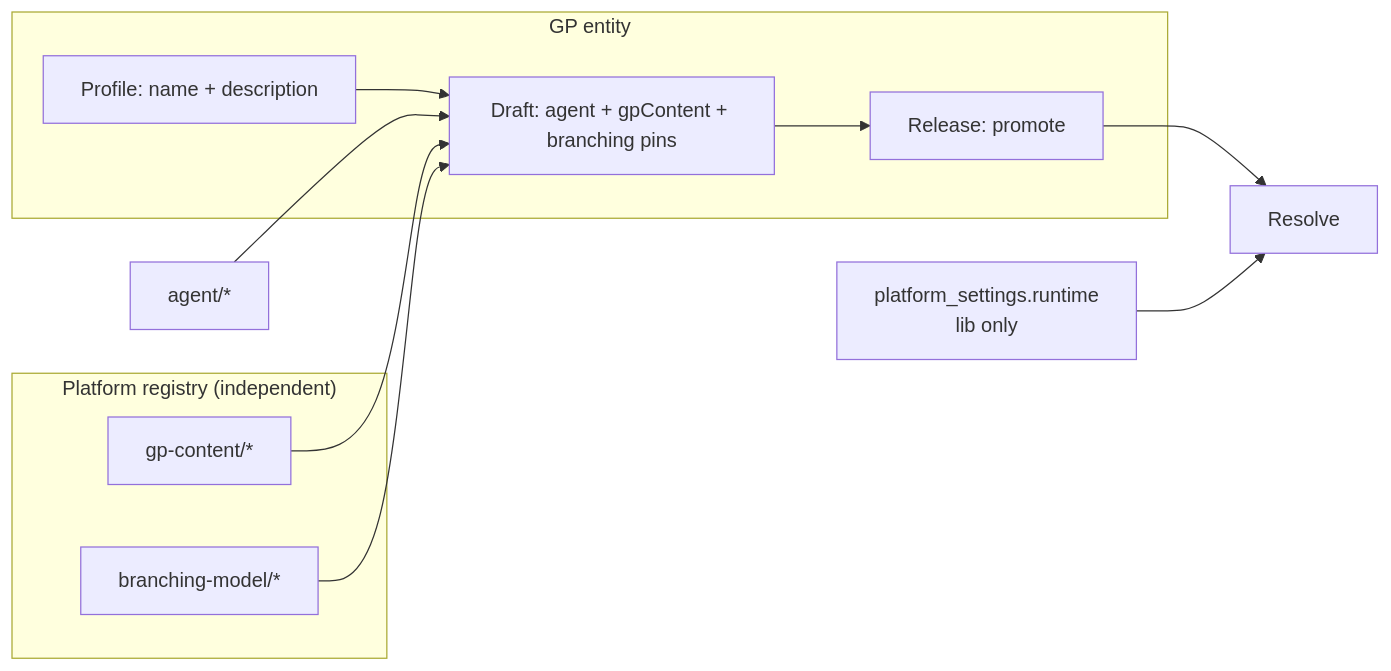
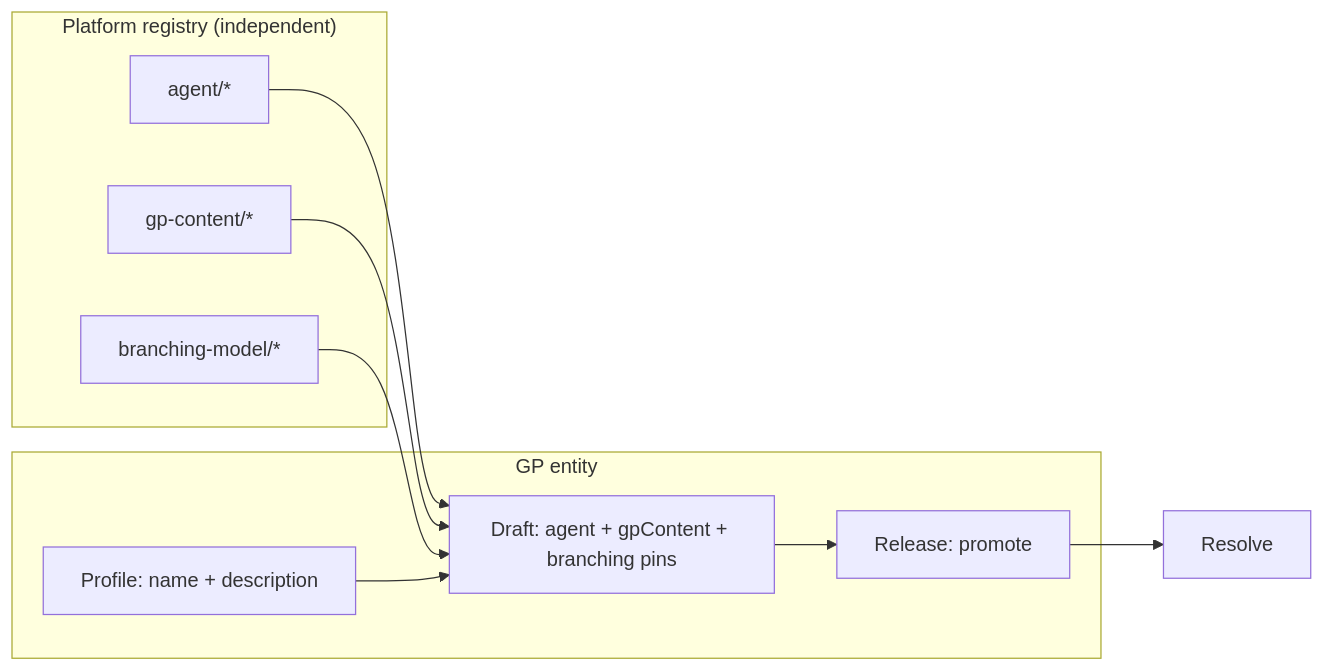
Before and after one commit to MstrPol/coin: the second of 2 diagrams in docs/golden-paths.md, drawn with Mermaid. The commit also changed 24 other files, not shown here.

First line of the commit message:
refactor(platform-settings): удалить устаревшие маршруты и файлы платформенных настроек

````diff
--- a/docs/golden-paths.md
+++ b/docs/golden-paths.md
@@ -50,21 +50,19 @@
 ```mermaid
 flowchart LR
   subgraph registry["Platform registry (independent)"]
+    AG["agent/*"]
     GC["gp-content/*"]
     BM["branching-model/*"]
   end
   subgraph gp["GP entity"]
     P["Profile: name + description"]
     D["Draft: agent + gpContent + branching pins"]
     R["Release: promote"]
   end
-  RT["platform_settings.runtime\nlib only"]
-  AG["agent/*"]
   AG --> D
   GC --> D
   BM --> D
   P --> D
   D --> R
-  RT --> Resolve
   R --> Resolve
 ```
````
